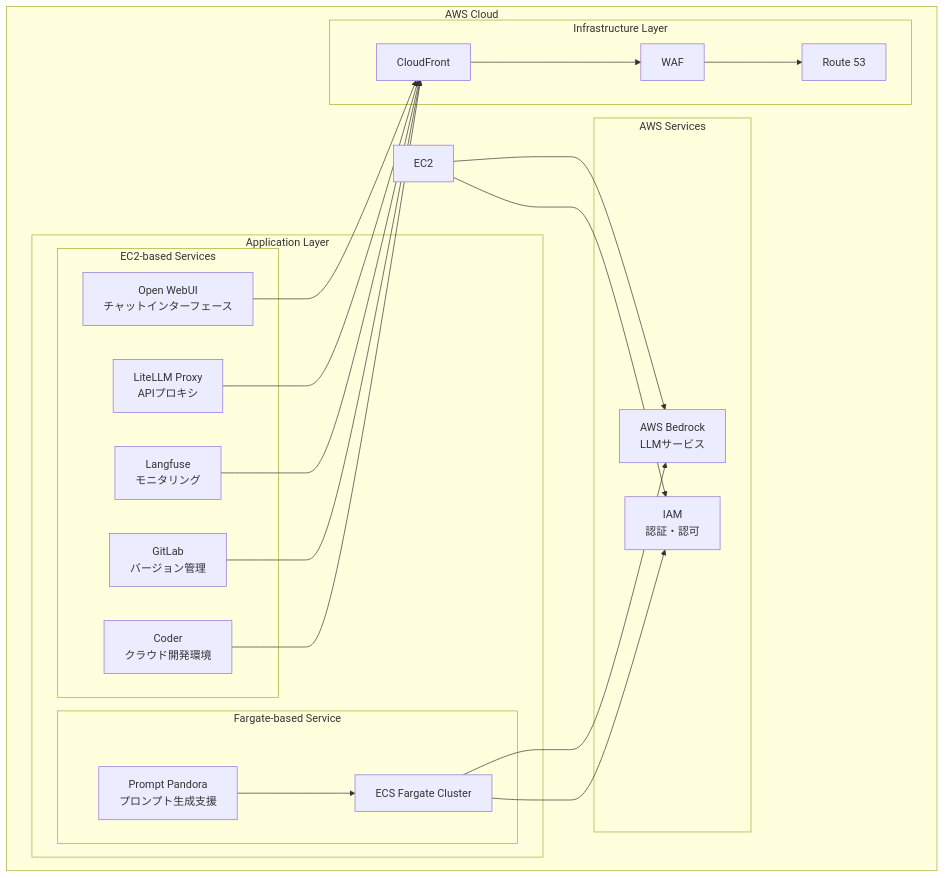
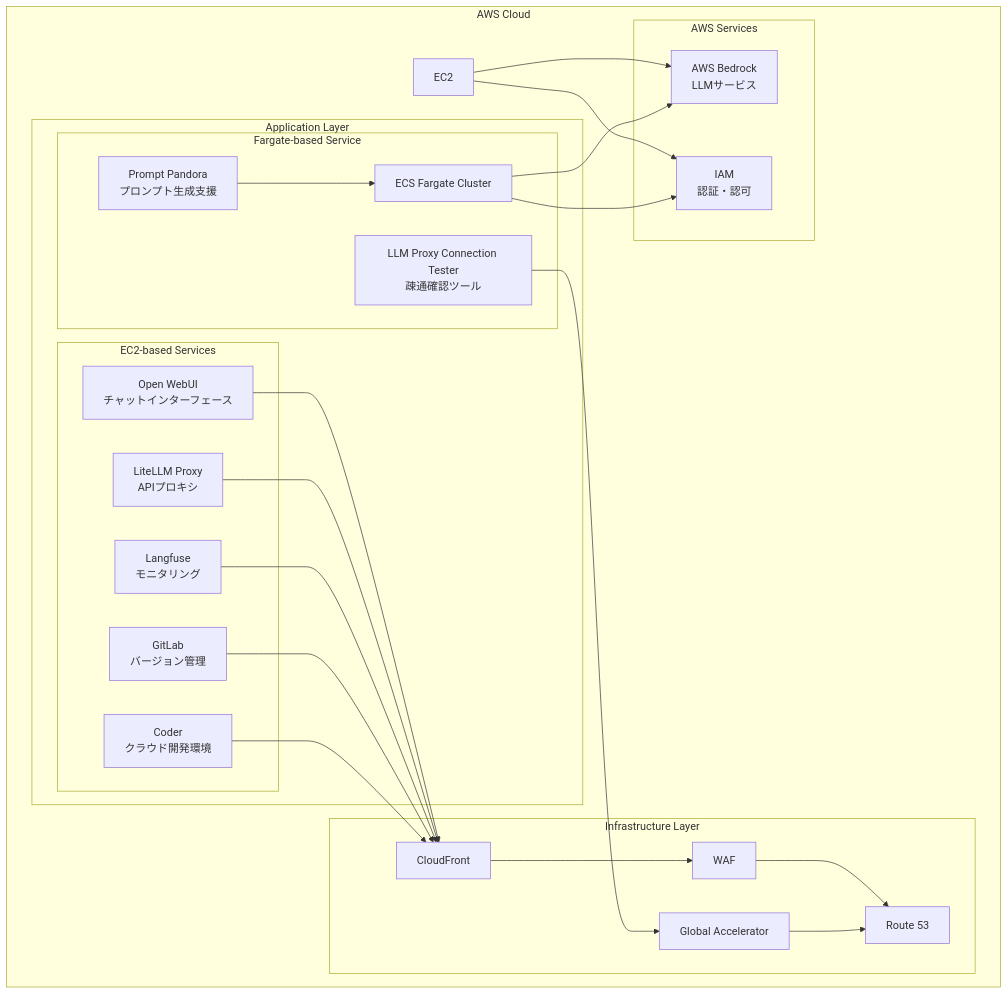
The diagram in README.md (Sunwood-ai-labs/AMATERASU), drawn with Mermaid before and after one commit. The commit also changed other lines of this file, not shown here.

````diff
--- a/README.md
+++ b/README.md
@@ -55,45 +59,49 @@
 ```mermaid
 graph TB
     subgraph "AWS Cloud"
         subgraph "Application Layer"
             subgraph "EC2-based Services"
                 OW["Open WebUI<br/>チャットインターフェース"]
                 LL["LiteLLM Proxy<br/>APIプロキシ"]
                 LF["Langfuse<br/>モニタリング"]
                 GL["GitLab<br/>バージョン管理"]
                 CD["Coder<br/>クラウド開発環境"]
             end
             
             subgraph "Fargate-based Service"
                 PP["Prompt Pandora<br/>プロンプト生成支援"]
+                CT["LLM Proxy Connection Tester<br/>疎通確認ツール"]
                 ECS["ECS Fargate Cluster"]
             end
         end
         
         subgraph "Infrastructure Layer"
+            GA["Global Accelerator"]
             CF["CloudFront"]
             WAF["WAF"]
             R53["Route 53"]
         end
         
         subgraph "AWS Services"
             Bedrock["AWS Bedrock<br/>LLMサービス"]
             IAM["IAM<br/>認証・認可"]
         end
         
         OW --> CF
         LL --> CF
         LF --> CF
         GL --> CF
         CD --> CF
         PP --> ECS
+        CT --> GA
         
         CF --> WAF
         WAF --> R53
+        GA --> R53
         
         EC2 --> Bedrock
         ECS --> Bedrock
         EC2 --> IAM
         ECS --> IAM
     end
 ```
````
